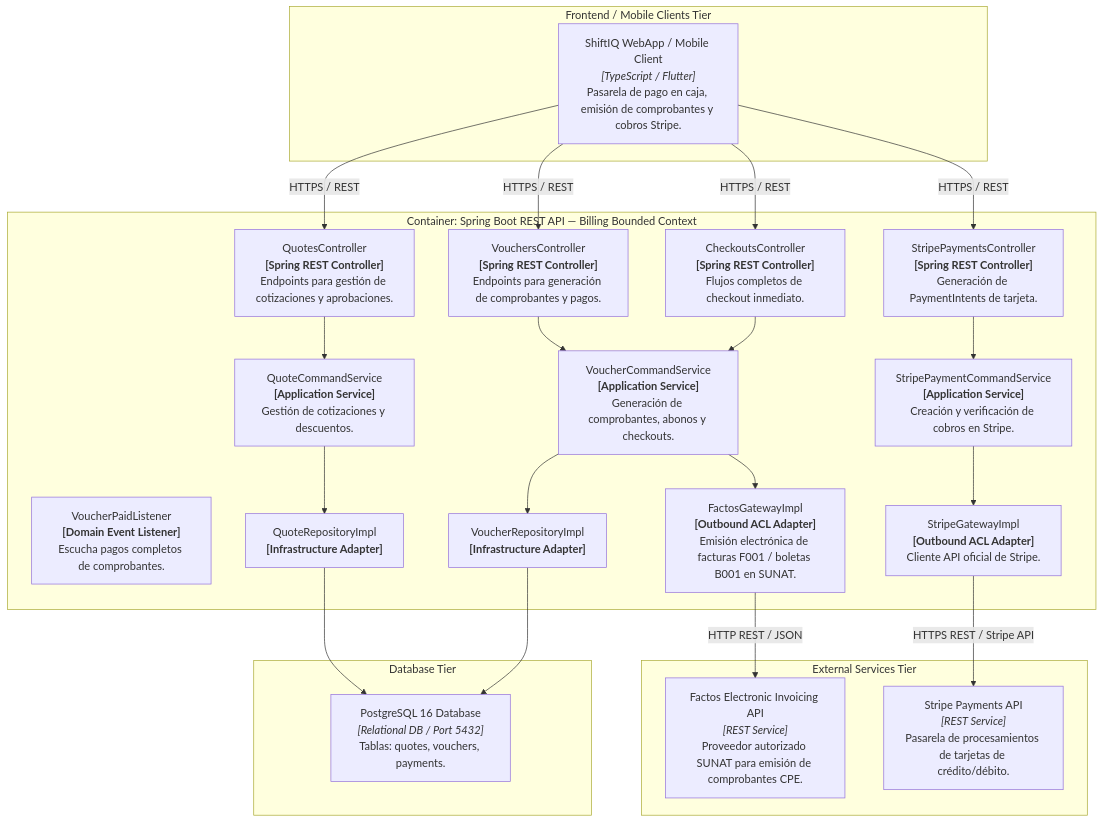
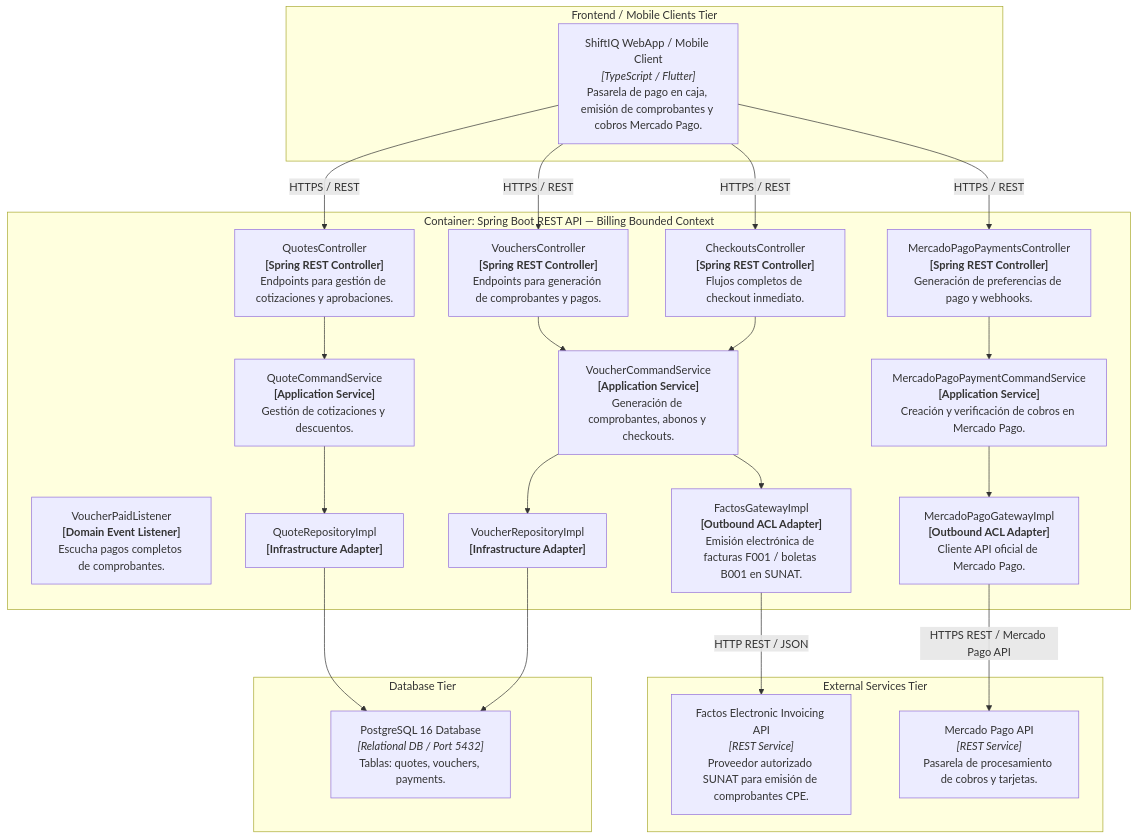
Before and after one commit to tux-logic/shiftiq-platform: the fifth of 7 diagrams in docs/billing-bounded-context-dictionary.md, drawn with Mermaid. The commit also changed other lines of this file and 14 other files, not shown here.

Commit message:
fix(billing): enforce externalReference validation, currency check, DB unique constraint on vouchers, and Mercado Pago webhooks

````diff
--- a/docs/billing-bounded-context-dictionary.md
+++ b/docs/billing-bounded-context-dictionary.md
@@ -461,56 +461,56 @@
 ```mermaid
 graph TB
     subgraph Client_Tier ["Frontend / Mobile Clients Tier"]
-        ClientApp["ShiftIQ WebApp / Mobile Client<br><i>[TypeScript / Flutter]</i><br>Pasarela de pago en caja, emisión de comprobantes y cobros Stripe."]
+        ClientApp["ShiftIQ WebApp / Mobile Client<br><i>[TypeScript / Flutter]</i><br>Pasarela de pago en caja, emisión de comprobantes y cobros Mercado Pago."]
     end
 
     subgraph External_Services ["External Services Tier"]
         FactosAPI["Factos Electronic Invoicing API<br><i>[REST Service]</i><br>Proveedor autorizado SUNAT para emisión de comprobantes CPE."]
-        StripeAPI["Stripe Payments API<br><i>[REST Service]</i><br>Pasarela de procesamientos de tarjetas de crédito/débito."]
+        MercadoPagoAPI["Mercado Pago API<br><i>[REST Service]</i><br>Pasarela de procesamiento de cobros y tarjetas."]
     end
 
     subgraph External_DB ["Database Tier"]
         PostgreSql["PostgreSQL 16 Database<br><i>[Relational DB / Port 5432]</i><br>Tablas: quotes, vouchers, payments."]
     end
 
     subgraph Billing_Container ["Container: Spring Boot REST API — Billing Bounded Context"]
         QuotesCtrl["QuotesController<br><b>[Spring REST Controller]</b><br>Endpoints para gestión de cotizaciones y aprobaciones."]
         VouchersCtrl["VouchersController<br><b>[Spring REST Controller]</b><br>Endpoints para generación de comprobantes y pagos."]
         CheckoutsCtrl["CheckoutsController<br><b>[Spring REST Controller]</b><br>Flujos completos de checkout inmediato."]
-        StripePaymentsCtrl["StripePaymentsController<br><b>[Spring REST Controller]</b><br>Generación de PaymentIntents de tarjeta."]
+        MercadoPagoCtrl["MercadoPagoPaymentsController<br><b>[Spring REST Controller]</b><br>Generación de preferencias de pago y webhooks."]
 
         VoucherListener["VoucherPaidListener<br><b>[Domain Event Listener]</b><br>Escucha pagos completos de comprobantes."]
 
         QuoteCmdService["QuoteCommandService<br><b>[Application Service]</b><br>Gestión de cotizaciones y descuentos."]
         VoucherCmdService["VoucherCommandService<br><b>[Application Service]</b><br>Generación de comprobantes, abonos y checkouts."]
-        StripePaymentCmdService["StripePaymentCommandService<br><b>[Application Service]</b><br>Creación y verificación de cobros en Stripe."]
+        MercadoPagoCmdService["MercadoPagoPaymentCommandService<br><b>[Application Service]</b><br>Creación y verificación de cobros en Mercado Pago."]
 
         FactosClient["FactosGatewayImpl<br><b>[Outbound ACL Adapter]</b><br>Emisión electrónica de facturas F001 / boletas B001 en SUNAT."]
-        StripeClient["StripeGatewayImpl<br><b>[Outbound ACL Adapter]</b><br>Cliente API oficial de Stripe."]
+        MercadoPagoClient["MercadoPagoGatewayImpl<br><b>[Outbound ACL Adapter]</b><br>Cliente API oficial de Mercado Pago."]
 
         QuoteRepoAdapter["QuoteRepositoryImpl<br><b>[Infrastructure Adapter]</b>"]
         VoucherRepoAdapter["VoucherRepositoryImpl<br><b>[Infrastructure Adapter]</b>"]
     end
 
     ClientApp -->|"HTTPS / REST"| QuotesCtrl
     ClientApp -->|"HTTPS / REST"| VouchersCtrl
     ClientApp -->|"HTTPS / REST"| CheckoutsCtrl
-    ClientApp -->|"HTTPS / REST"| StripePaymentsCtrl
+    ClientApp -->|"HTTPS / REST"| MercadoPagoCtrl
 
     QuotesCtrl --> QuoteCmdService
     VouchersCtrl --> VoucherCmdService
     CheckoutsCtrl --> VoucherCmdService
-    StripePaymentsCtrl --> StripePaymentCmdService
+    MercadoPagoCtrl --> MercadoPagoCmdService
 
     VoucherCmdService --> FactosClient
-    StripePaymentCmdService --> StripeClient
+    MercadoPagoCmdService --> MercadoPagoClient
 
     FactosClient -->|"HTTP REST / JSON"| FactosAPI
-    StripeClient -->|"HTTPS REST / Stripe API"| StripeAPI
+    MercadoPagoClient -->|"HTTPS REST / Mercado Pago API"| MercadoPagoAPI
 
     QuoteCmdService --> QuoteRepoAdapter
     VoucherCmdService --> VoucherRepoAdapter
 
     QuoteRepoAdapter --> PostgreSql
     VoucherRepoAdapter --> PostgreSql
 ```
````
